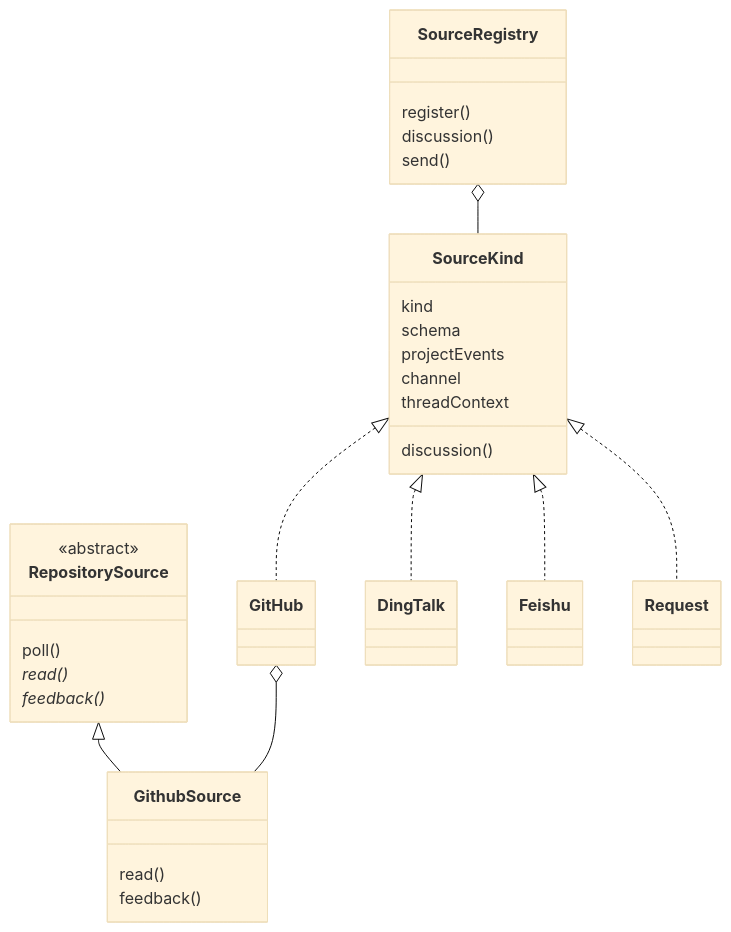
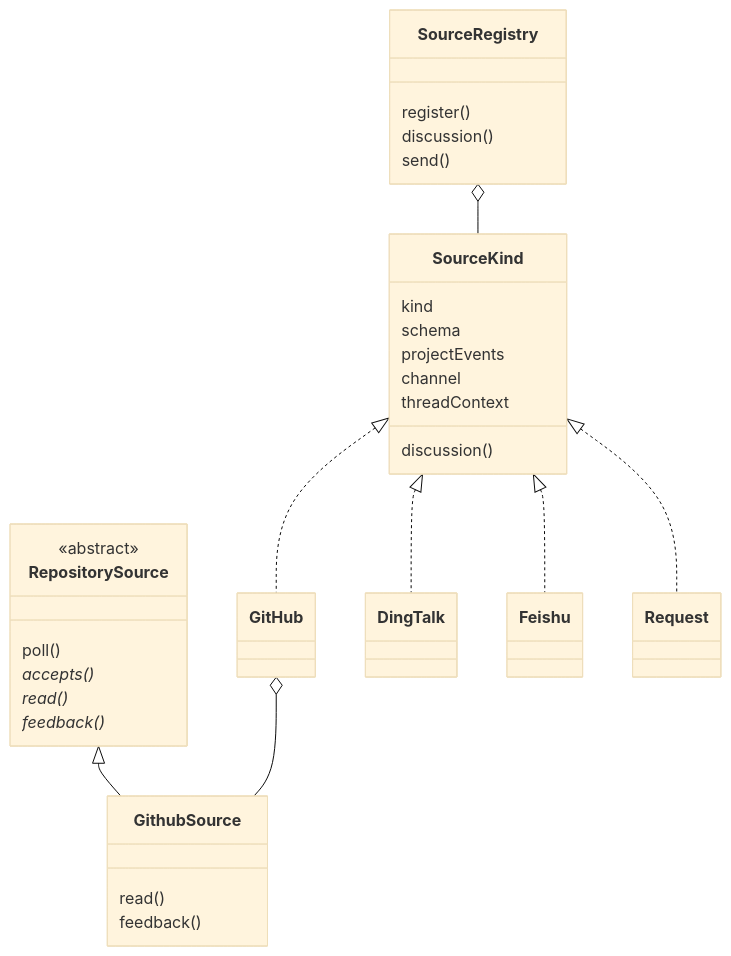
Before and after one commit to Spockkk0225/dsh-superagent-prototype: the first of 2 diagrams in docs/source-adapters.zh-CN.md, drawn with Mermaid (base theme). The commit also changed other lines of this file and 49 other files, not shown here.

````diff
--- a/docs/source-adapters.zh-CN.md
+++ b/docs/source-adapters.zh-CN.md
@@ -7,33 +7,34 @@
 ```mermaid
 classDiagram
   class SourceKind {
     kind
     schema
     projectEvents
     channel
     threadContext
     discussion()
   }
   class SourceRegistry {
     register()
     discussion()
     send()
   }
   class RepositorySource {
     <<abstract>>
     poll()
+    accepts()*
     read()*
     feedback()*
   }
   class GithubSource {
     read()
     feedback()
   }
   SourceRegistry o-- SourceKind
   SourceKind <|.. GitHub
   SourceKind <|.. DingTalk
   SourceKind <|.. Feishu
   SourceKind <|.. Request
   RepositorySource <|-- GithubSource
   GitHub o-- GithubSource
 ```
````
